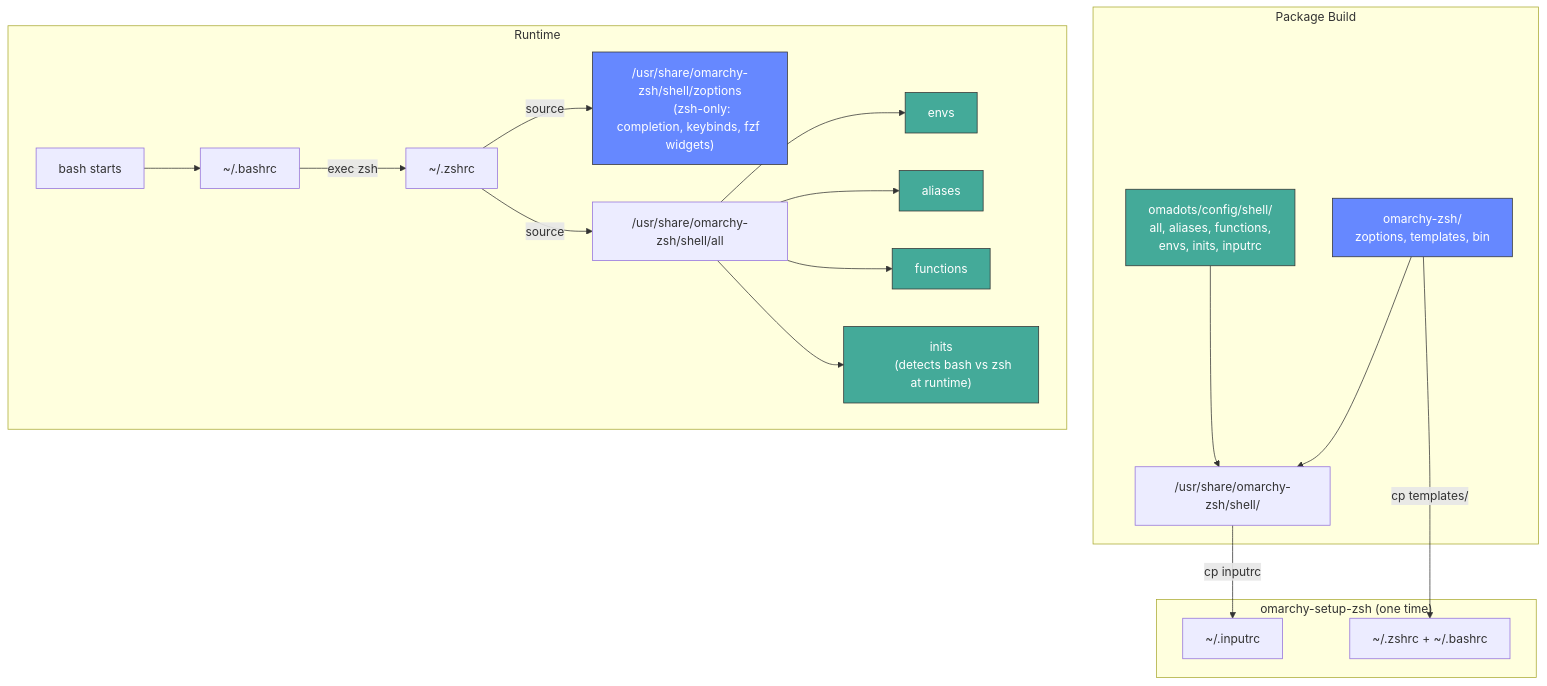
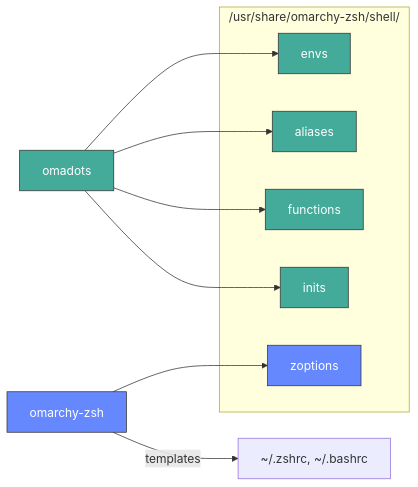
The first of 2 diagrams in README.md (omacom-io/omarchy-zsh), drawn with Mermaid before and after one commit. The commit also changed other lines of this file, not shown here.

Commit message:
Update diagrams

````diff
--- a/README.md
+++ b/README.md
@@ -7,38 +9,22 @@
 ```mermaid
-graph TD
-    subgraph "Package Build"
-        omadots["omadots/config/shell/
-        all, aliases, functions,
-        envs, inits, inputrc"]
-        zsh_repo["omarchy-zsh/
-        zoptions, templates, bin"]
-        omadots --> pkg["/usr/share/omarchy-zsh/shell/"]
-        zsh_repo --> pkg
-    end
+graph LR
+    omadots[omadots] --> envs & aliases & functions & inits
+    zsh_repo[omarchy-zsh] --> zoptions
+    zsh_repo -->|templates| dotfiles["~/.zshrc, ~/.bashrc"]
 
-    subgraph "omarchy-setup-zsh (one time)"
-        zsh_repo -->|"cp templates/"| dotfiles["~/.zshrc + ~/.bashrc"]
-        pkg -->|"cp inputrc"| inputrc["~/.inputrc"]
-    end
-
-    subgraph "Runtime"
-        bash["bash starts"] --> bashrc["~/.bashrc"]
-        bashrc -->|"exec zsh"| zshrc["~/.zshrc"]
-        zshrc -->|source| zoptions["/usr/share/omarchy-zsh/shell/zoptions
-        (zsh-only: completion, keybinds, fzf widgets)"]
-        zshrc -->|source| all["/usr/share/omarchy-zsh/shell/all"]
-        all --> envs["envs"]
-        all --> aliases["aliases"]
-        all --> functions["functions"]
-        all --> inits["inits
-        (detects bash vs zsh at runtime)"]
+    subgraph "/usr/share/omarchy-zsh/shell/"
+        envs
+        aliases
+        functions
+        inits
+        zoptions
     end
 
     style omadots fill:#4a9,stroke:#333,color:#fff
     style zsh_repo fill:#68f,stroke:#333,color:#fff
     style zoptions fill:#68f,stroke:#333,color:#fff
     style envs fill:#4a9,stroke:#333,color:#fff
     style aliases fill:#4a9,stroke:#333,color:#fff
     style functions fill:#4a9,stroke:#333,color:#fff
     style inits fill:#4a9,stroke:#333,color:#fff
 ```
````
